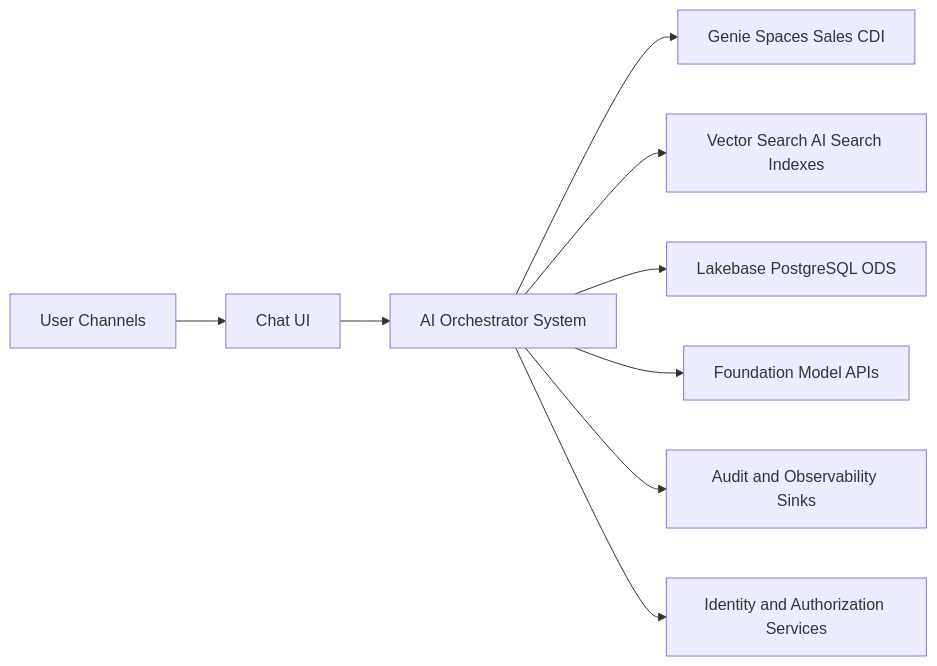
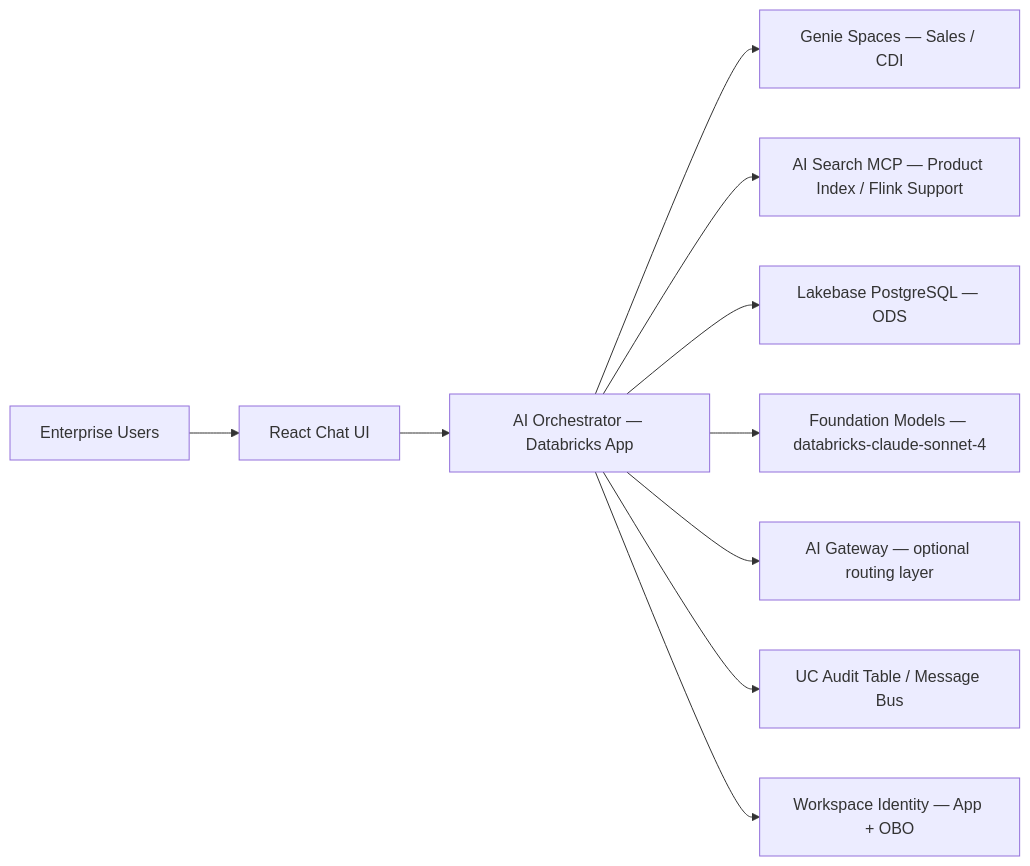
Before and after one commit to wchen-dea/Governed-Multi-Agent-Intelligence-on-Databricks: the third of 4 diagrams in docs/architecture/design-artifacts/01-concept-high-level.md, drawn with Mermaid. The commit also changed other lines of this file and 51 other files, not shown here.

````diff
--- a/docs/architecture/design-artifacts/01-concept-high-level.md
+++ b/docs/architecture/design-artifacts/01-concept-high-level.md
@@ -42,11 +42,12 @@
 ```mermaid
 flowchart LR
-    User[User Channels] --> UI[Chat UI]
-    UI --> AISYS[AI Orchestrator System]
-    AISYS --> Genie[Genie Spaces Sales CDI]
-    AISYS --> VS[Vector Search AI Search Indexes]
-    AISYS --> LB[Lakebase PostgreSQL ODS]
-    AISYS --> Models[Foundation Model APIs]
-    AISYS --> Audit[Audit and Observability Sinks]
-    AISYS --> Identity[Identity and Authorization Services]
+    User[Enterprise Users] --> UI[React Chat UI]
+    UI --> AISYS[AI Orchestrator — Databricks App]
+    AISYS --> Genie[Genie Spaces — Sales / CDI]
+    AISYS --> AIS[AI Search MCP — Product Index / Flink Support]
+    AISYS --> LB[Lakebase PostgreSQL — ODS]
+    AISYS --> FM[Foundation Models — databricks-claude-sonnet-4]
+    AISYS --> AIGW[AI Gateway — optional routing layer]
+    AISYS --> Audit[UC Audit Table / Message Bus]
+    AISYS --> Identity[Workspace Identity — App + OBO]
 ```
````
